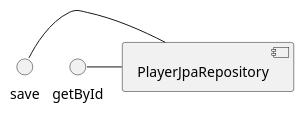
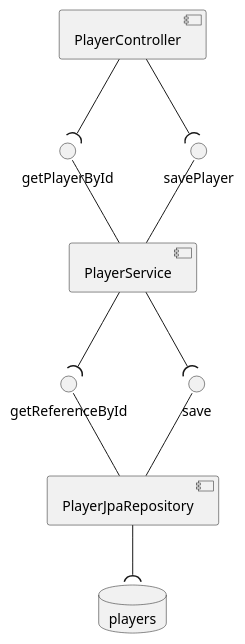
Before and after one commit to 114080-Rossi/Spring-Boot-API: the diagram in DemoSpringBootAPI/docs/diagrams/model/components.puml, drawn with PlantUML. The commit also changed 26 other files, not shown here.

```diff
--- a/DemoSpringBootAPI/docs/diagrams/model/components.puml
+++ b/DemoSpringBootAPI/docs/diagrams/model/components.puml
@@ -1,7 +1,18 @@
 @startuml
+skinparam componenStyle uml1
 
-save - [PlayerJpaRepository]
-getById - [PlayerJpaRepository]
+database "players"
 
+[PlayerController] --(getPlayerById
+[PlayerController] --(savePlayer
+
+[PlayerService] --(getReferenceById
+[PlayerService] --(save
+getPlayerById --[PlayerService]
+savePlayer --[PlayerService]
+
+[PlayerJpaRepository] --("players"
+getReferenceById -- [PlayerJpaRepository]
+save -- [PlayerJpaRepository]
 
 @enduml
```
